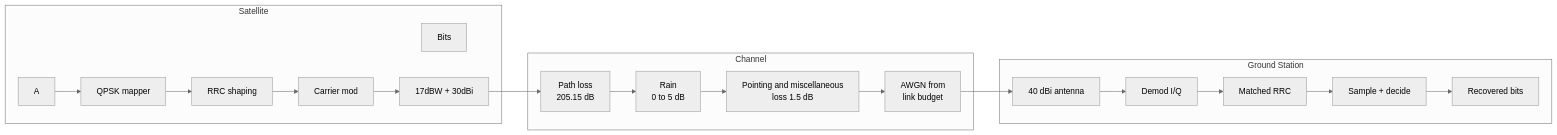
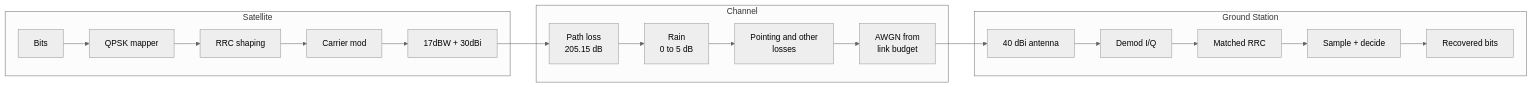
Before and after one commit to pjiya304-bot/End-to-End-Satellite-downlink-simulation: the diagram in README.md, drawn with Mermaid (neutral theme).

````diff
--- a/README.md
+++ b/README.md
@@ -59,28 +59,28 @@
 ```mermaid
 flowchart LR
 subgraph SAT["Satellite"]
-a[Bits]
+A[Bits]
 B[QPSK mapper]
 C[RRC shaping]
 D[Carrier mod]
 E[17dBW + 30dBi]
 A --> B --> C --> D --> E
 end
 subgraph CH["Channel"]
 F[Path loss<br/>205.15 dB]
 G[Rain<br/>0 to 5 dB]
-H[Pointing and miscellaneous <br/>loss 1.5 dB]
+H[Pointing and other <br/>losses]
 I[AWGN from<br/>link budget]
 F --> G --> H --> I
 end
 subgraph GS["Ground Station"]
 J[40 dBi antenna]
 K[Demod I/Q]
 L[Matched RRC]
 M[Sample + decide]
 N[Recovered bits]
 J --> K --> L --> M --> N
 end
 E --> F
 I --> J
 ```
````
